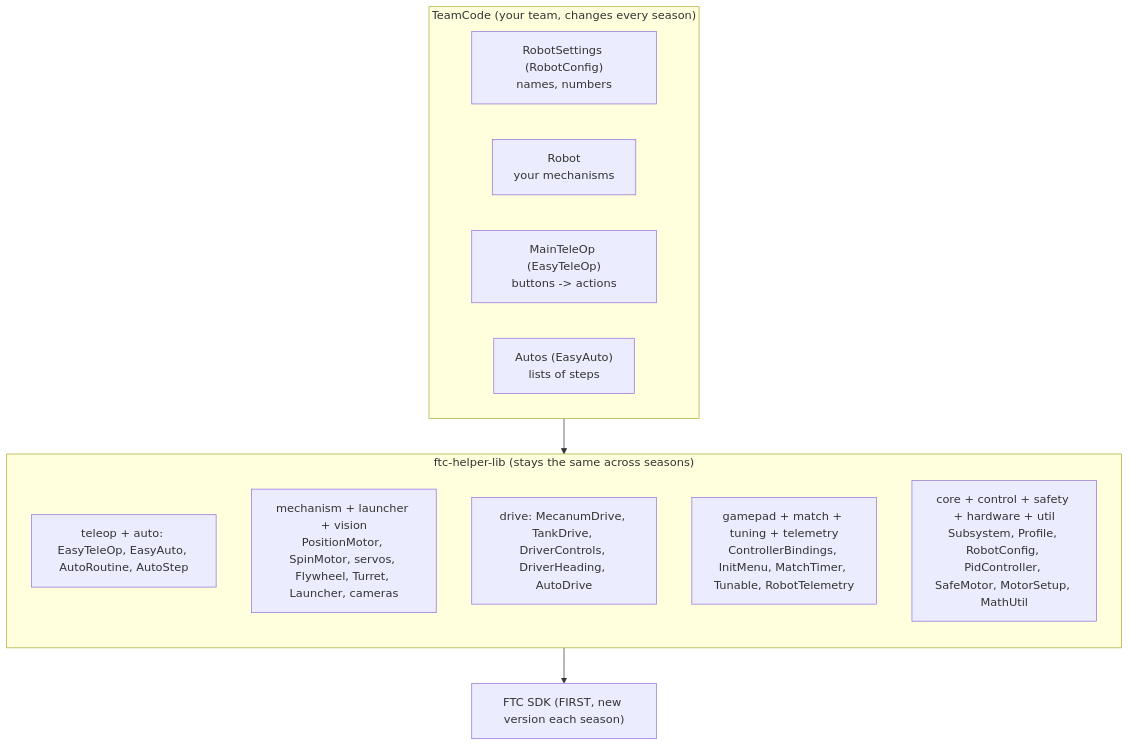
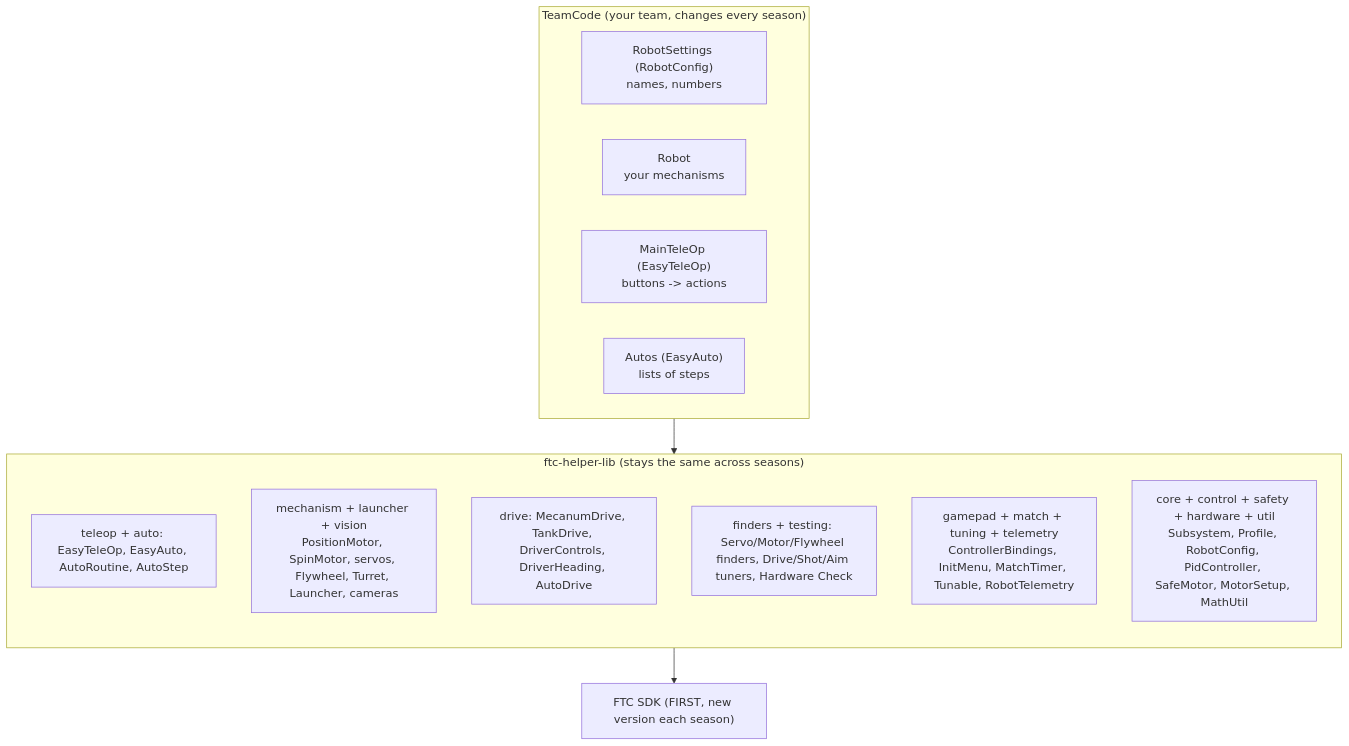
The first of 2 diagrams in docs/guides/architecture.md (crossbotics/ftc-helper-lib), drawn with Mermaid before and after one commit. The commit also changed 39 other files, not shown here.

First line of the commit message:
Finders: servo, motor, flywheel, drive, shot and aim tuning OpModes

````diff
--- a/docs/guides/architecture.md
+++ b/docs/guides/architecture.md
@@ -7,19 +7,20 @@
 ```mermaid
 flowchart TB
     subgraph TEAM["TeamCode (your team, changes every season)"]
         RS["RobotSettings (RobotConfig)<br/>names, numbers"]
         RB["Robot<br/>your mechanisms"]
         TO["MainTeleOp (EasyTeleOp)<br/>buttons -> actions"]
         AU["Autos (EasyAuto)<br/>lists of steps"]
     end
     subgraph LIB["ftc-helper-lib (stays the same across seasons)"]
         direction TB
         A["teleop + auto: EasyTeleOp, EasyAuto, AutoRoutine, AutoStep"]
         M["mechanism + launcher + vision<br/>PositionMotor, SpinMotor, servos, Flywheel, Turret, Launcher, cameras"]
         D["drive: MecanumDrive, TankDrive, DriverControls, DriverHeading, AutoDrive"]
+        FI["finders + testing: Servo/Motor/Flywheel finders, Drive/Shot/Aim tuners, Hardware Check"]
         G["gamepad + match + tuning + telemetry<br/>ControllerBindings, InitMenu, MatchTimer, Tunable, RobotTelemetry"]
         C["core + control + safety + hardware + util<br/>Subsystem, Profile, RobotConfig, PidController, SafeMotor, MotorSetup, MathUtil"]
     end
     SDK["FTC SDK (FIRST, new version each season)"]
     TEAM --> LIB --> SDK
 ```
````
